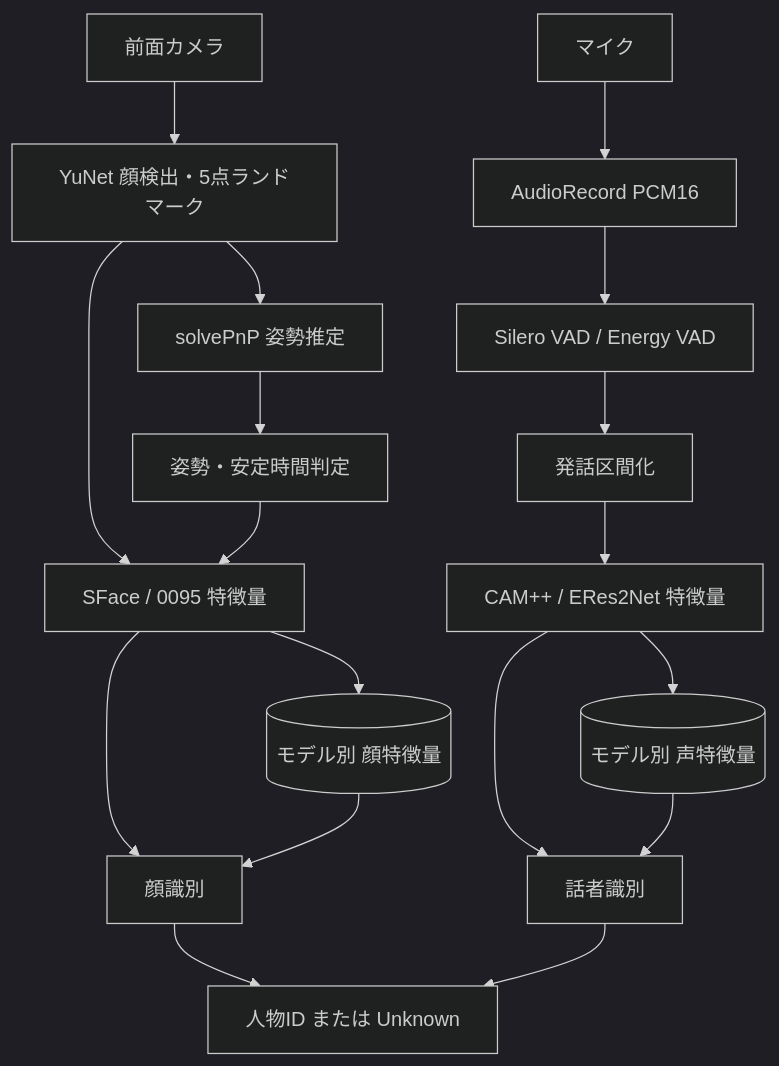
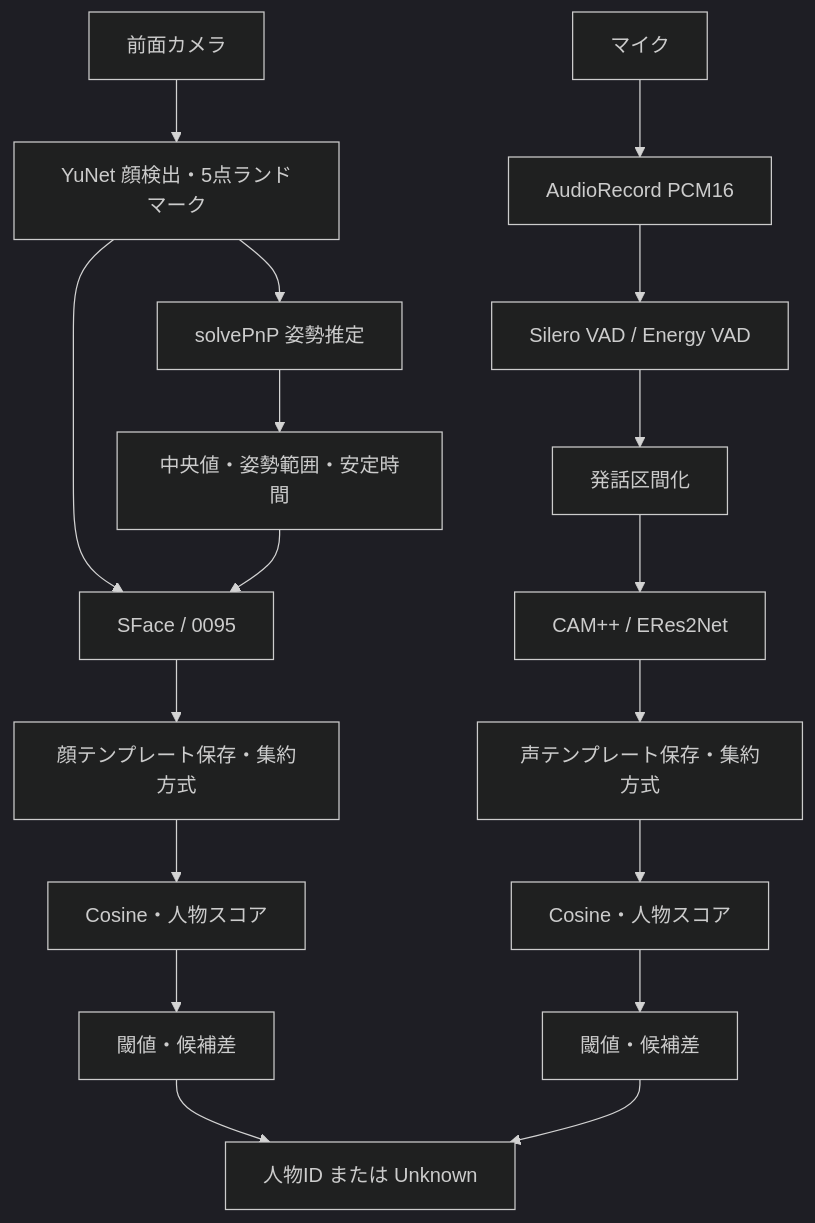
One commit to koki-happy/pepper-person-id-poc changed the diagram in docs/openwiki-current-state.md. Above: the diagram before and after it, drawn with Mermaid (dark theme). The commit also changed other lines of this file, not shown here.

````diff
--- a/docs/openwiki-current-state.md
+++ b/docs/openwiki-current-state.md
@@ -96,22 +90,22 @@
 ```mermaid
 flowchart TB
-    Camera[前面カメラ] --> YuNet[YuNet 顔検出・5点ランドマーク]
-    YuNet --> Pose[solvePnP 姿勢推定]
-    Pose --> FaceGate[姿勢・安定時間判定]
-    YuNet --> FaceEmbed[SFace / 0095 特徴量]
-    FaceGate --> FaceEmbed
-    FaceEmbed --> FaceStore[(モデル別 顔特徴量)]
-    FaceEmbed --> FaceMatch[顔識別]
-    FaceStore --> FaceMatch
+    Camera[前面カメラ] --> FaceDetect[YuNet 顔検出・5点ランドマーク]
+    FaceDetect --> Pose[solvePnP 姿勢推定]
+    Pose --> PoseGate[中央値・姿勢範囲・安定時間]
+    FaceDetect --> FaceModel[SFace / 0095]
+    PoseGate --> FaceModel
+    FaceModel --> FaceTemplate[顔テンプレート保存・集約方式]
+    FaceTemplate --> FaceScore[Cosine・人物スコア]
+    FaceScore --> FaceDecision[閾値・候補差]
 
     Mic[マイク] --> PCM[AudioRecord PCM16]
     PCM --> VAD[Silero VAD / Energy VAD]
     VAD --> Segment[発話区間化]
-    Segment --> SpeakerEmbed[CAM++ / ERes2Net 特徴量]
-    SpeakerEmbed --> SpeakerStore[(モデル別 声特徴量)]
-    SpeakerEmbed --> SpeakerMatch[話者識別]
-    SpeakerStore --> SpeakerMatch
+    Segment --> VoiceModel[CAM++ / ERes2Net]
+    VoiceModel --> VoiceTemplate[声テンプレート保存・集約方式]
+    VoiceTemplate --> VoiceScore[Cosine・人物スコア]
+    VoiceScore --> VoiceDecision[閾値・候補差]
 
-    FaceMatch --> Result[人物ID または Unknown]
-    SpeakerMatch --> Result
+    FaceDecision --> Result[人物ID または Unknown]
+    VoiceDecision --> Result
 ```
````
